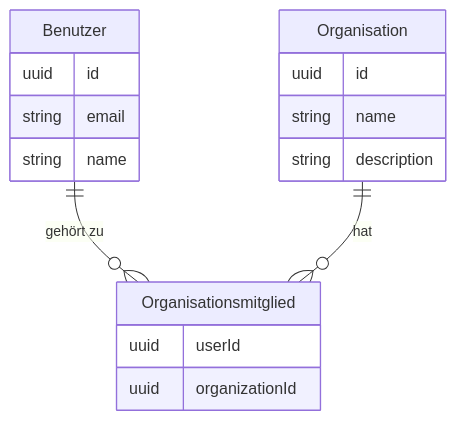
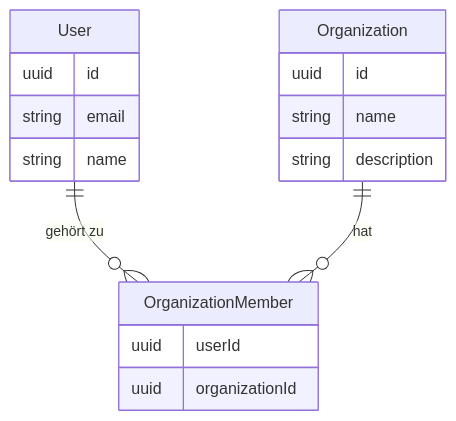
The second of 7 diagrams in i18n/de/docusaurus-plugin-content-docs/current/use-cases/multi-tenancy/build-multi-tenant-saas-application.mdx (logto-io/docs), drawn with Mermaid before and after one commit. The commit also changed other lines of this file and 74 other files, not shown here.

````diff
--- a/i18n/de/docusaurus-plugin-content-docs/current/use-cases/multi-tenancy/build-multi-tenant-saas-application.mdx
+++ b/i18n/de/docusaurus-plugin-content-docs/current/use-cases/multi-tenancy/build-multi-tenant-saas-application.mdx
@@ -206,20 +206,20 @@
 ```mermaid
 erDiagram
-    Benutzer ||--o{ Organisationsmitglied : "gehört zu"
-    Organisation ||--o{ Organisationsmitglied : "hat"
+    User ||--o{ OrganizationMember : "gehört zu"
+    Organization ||--o{ OrganizationMember : "hat"
 
-    Benutzer {
+    User {
         uuid id
         string email
         string name
     }
-    Organisation {
+    Organization {
         uuid id
         string name
         string description
     }
-    Organisationsmitglied {
+    OrganizationMember {
         uuid userId
         uuid organizationId
     }
 ```
````
